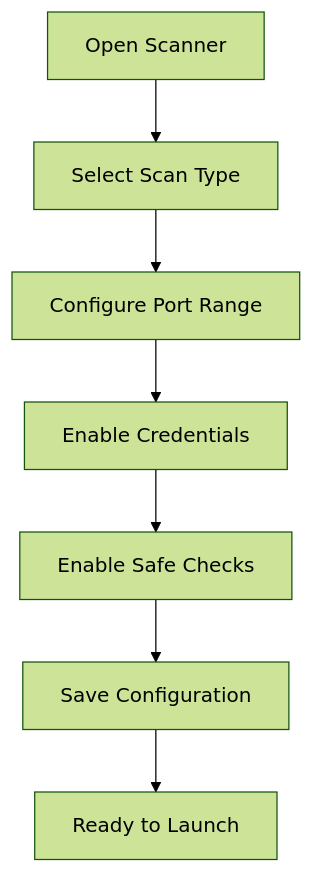
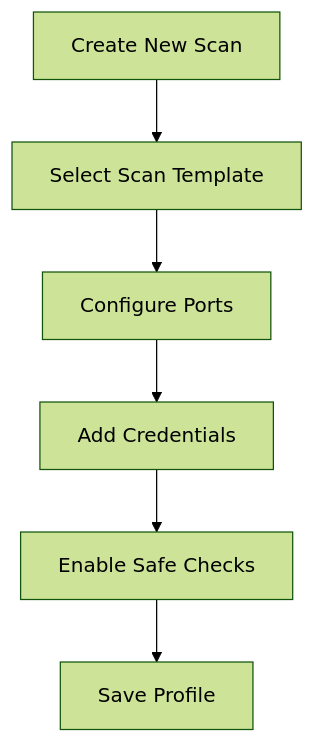
Before and after one commit to SiddhSamarth/Elevate-Labs-Projects: the second of 6 diagrams in Vulnerability Assessment & Risk Prioritization.md, drawn with Mermaid (forest theme). The commit also changed other lines of this file, not shown here.

````diff
--- a/Vulnerability Assessment & Risk Prioritization.md
+++ b/Vulnerability Assessment & Risk Prioritization.md
@@ -126,9 +196,8 @@
 ```mermaid
 flowchart TD
-    A[Open Scanner] --> B[Select Scan Type]
-    B --> C[Configure Port Range]
-    C --> D[Enable Credentials]
+    A[Create New Scan] --> B[Select Scan Template]
+    B --> C[Configure Ports]
+    C --> D[Add Credentials]
     D --> E[Enable Safe Checks]
-    E --> F[Save Configuration]
-    F --> G[Ready to Launch]
+    E --> F[Save Profile]
 ```
````
